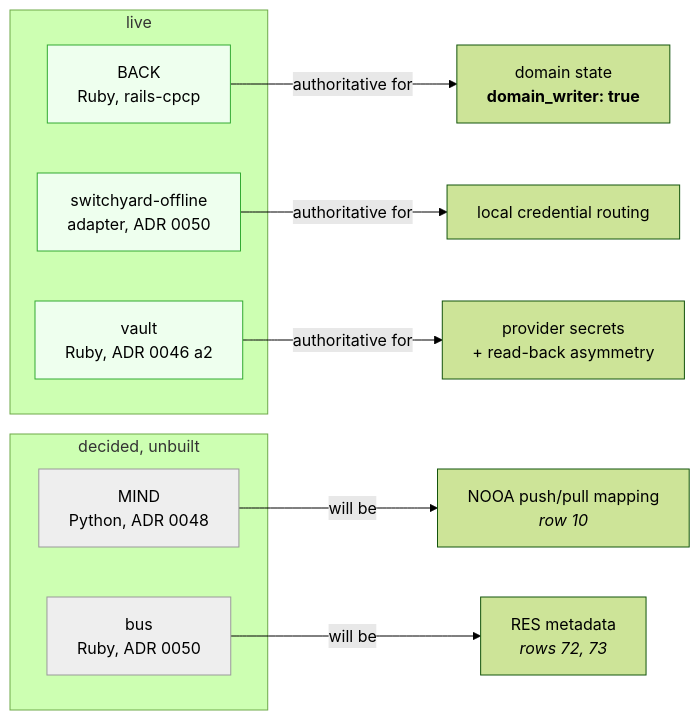
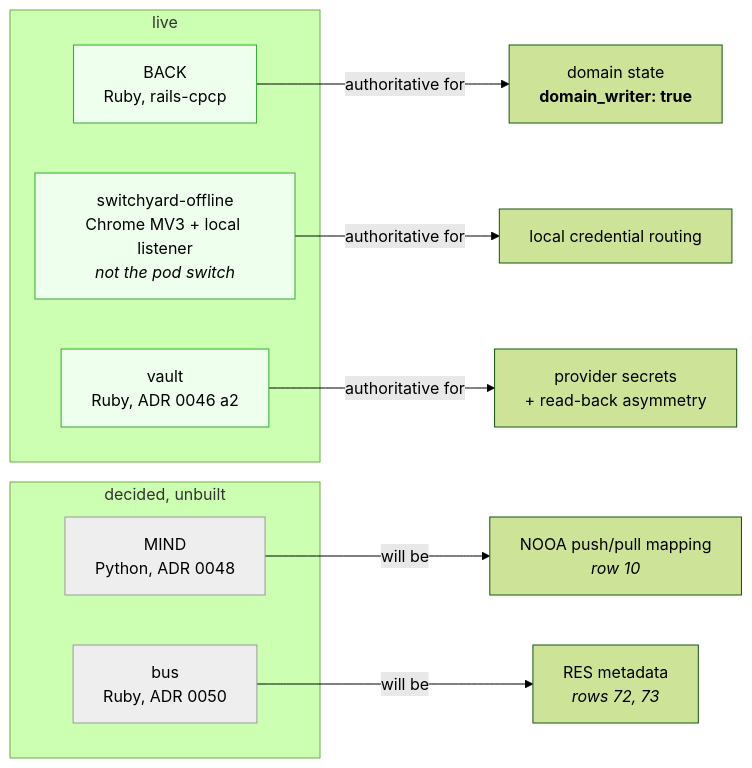
The fourth of 6 diagrams in docs/architecture/ContainerTopology.md (laquereric/magentic-stack), drawn with Mermaid (forest theme) before and after one commit. The commit also changed other lines of this file and 1 other file, not shown here.

First line of the commit message:
docs: record row 11 scope, and fix my switchyard-offline conflation

````diff
--- a/docs/architecture/ContainerTopology.md
+++ b/docs/architecture/ContainerTopology.md
@@ -168,23 +168,23 @@
 ```mermaid
 graph LR
   subgraph live["live"]
     S1["BACK<br/>Ruby, rails-cpcp"]
-    S2["switchyard-offline<br/>adapter, ADR 0050"]
+    S2["switchyard-offline<br/>Chrome MV3 + local listener<br/><i>not the pod switch</i>"]
     S3["vault<br/>Ruby, ADR 0046 a2"]
   end
   subgraph unbuilt["decided, unbuilt"]
     S4["MIND<br/>Python, ADR 0048"]
     S5["bus<br/>Ruby, ADR 0050"]
   end
   S1 -->|"authoritative for"| A1["domain state<br/><b>domain_writer: true</b>"]
   S2 -->|"authoritative for"| A2["local credential routing"]
   S3 -->|"authoritative for"| A3["provider secrets<br/>+ read-back asymmetry"]
   S4 -->|"will be"| A4["NOOA push/pull mapping<br/><i>row 10</i>"]
   S5 -->|"will be"| A5["RES metadata<br/><i>rows 72, 73</i>"]
 
   style S1 fill:#efe,stroke:#3a3
   style S2 fill:#efe,stroke:#3a3
   style S3 fill:#efe,stroke:#3a3
   style S4 fill:#eee,stroke:#999
   style S5 fill:#eee,stroke:#999
 ```
````
